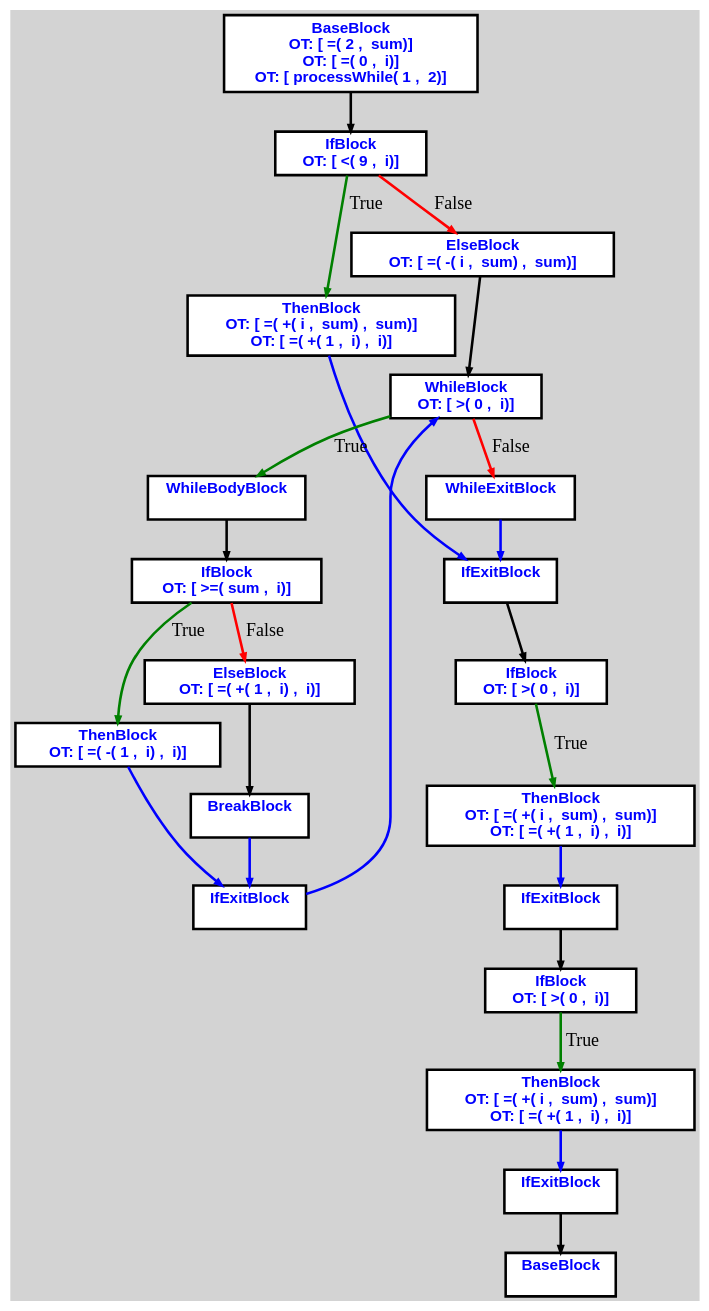
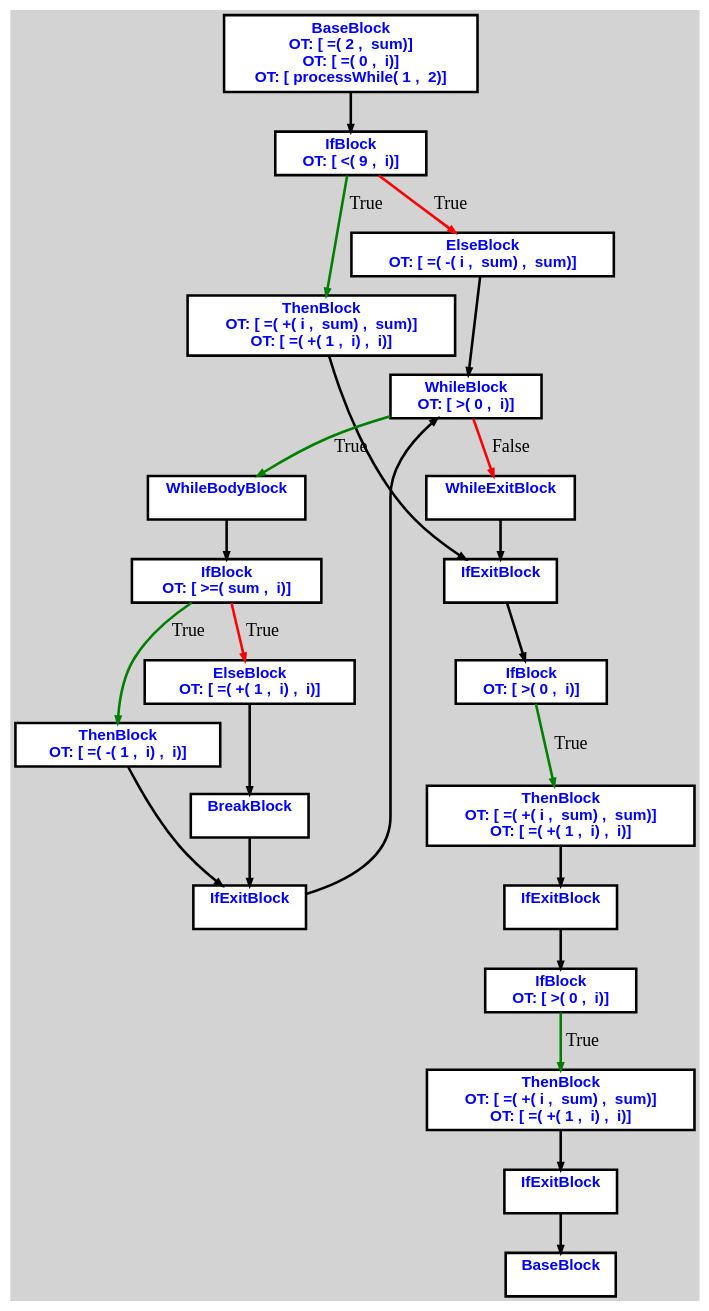
One commit to aveen007/CountingMonkeys changed the diagram in cpoCompilerWin/input.txt.processAnotherArray.dot. Above: the diagram before and after it, drawn with Graphviz. The commit also changed 21 other files, not shown here.

```diff
--- a/cpoCompilerWin/input.txt.processAnotherArray.dot
+++ b/cpoCompilerWin/input.txt.processAnotherArray.dot
@@ -1,66 +1,66 @@
 digraph G {
 ordering=out;
 ranksep=.4;
 bgcolor="lightgrey";  node [shape=box, fixedsize=false, fontsize=12, fontname="Helvetica-bold", fontcolor="blue"
 width=.25, height=.25, color="black", fillcolor="white", style="filled, solid, bold"];
 
-edge [arrowsize=.5, color="black", style="bold"]    n000011DD6232ABD0 [label="BaseBlock\n OT: [ =( 2 ,  sum)]
+edge [arrowsize=.5, color="black", style="bold"]    n00001222C27A2CC0 [label="BaseBlock\n OT: [ =( 2 ,  sum)]
 OT: [ =( 0 ,  i)]
 OT: [ processWhile( 1 ,  2)]
 "]
-    n000011DD6232ACD0 [label="IfBlock\n OT: [ <( 9 ,  i)]
+    n00001222C27A2D20 [label="IfBlock\n OT: [ <( 9 ,  i)]
 "]
-    n000011DD6232ABD0 -> n000011DD6232ACD0
-    n000011DD6232ACD0 -> n000011DD6232AD10 [label="True" color="green"]
-    n000011DD6232AD10 [label="ThenBlock\n OT: [ =( +( i ,  sum) ,  sum)]
+    n00001222C27A2CC0 -> n00001222C27A2D20
+    n00001222C27A2D20 -> n00001222C27A2D80 [label="True" color="green"]
+    n00001222C27A2D80 [label="ThenBlock\n OT: [ =( +( i ,  sum) ,  sum)]
 OT: [ =( +( 1 ,  i) ,  i)]
 "]
-    n000011DD6232ACD0 -> n000011DD6232AD50 [label="False" color="red"]
-    n000011DD6232AD50 [label="ElseBlock\n OT: [ =( -( i ,  sum) ,  sum)]
+    n00001222C27A3140 [label="IfExitBlock\n "]
+    n00001222C27A2D80 -> n00001222C27A3140
+    n00001222C27A31A0 [label="IfBlock\n OT: [ >( 0 ,  i)]
 "]
-    n000011DD6232AD90 [label="WhileBlock\n OT: [ >( 0 ,  i)]
-"]
-    n000011DD6232AD50 -> n000011DD6232AD90
-	   n000011DD6232AD90 -> n000011DD6232ADD0 [ label = "True" color="green"]
-    n000011DD6232ADD0 [label="WhileBodyBlock\n "]
-    n000011DD6232AE10 [label="IfBlock\n OT: [ >=( sum ,  i)]
-"]
-    n000011DD6232ADD0 -> n000011DD6232AE10
-    n000011DD6232AE10 -> n000011DD6232AE50 [label="True" color="green"]
-    n000011DD6232AE50 [label="ThenBlock\n OT: [ =( -( 1 ,  i) ,  i)]
-"]
-    n000011DD6232AE10 -> n000011DD6232AE90 [label="False" color="red"]
-    n000011DD6232AE90 [label="ElseBlock\n OT: [ =( +( 1 ,  i) ,  i)]
-"]
-    n000011DD6232AED0 [label="BreakBlock\n "]
-    n000011DD6232AE90 -> n000011DD6232AED0
-    n000011DD6232AED0 -> n000011DD6232AF10 [color="blue"]
-    n000011DD6232AE50 -> n000011DD6232AF10 [ color="blue"]
-    n000011DD6232AF10 [label="IfExitBlock\n "]
-    n000011DD6232AF10 -> n000011DD6232AD90 [ color="blue"]
-	   n000011DD6232AD90 -> n000011DD6232AF50 [ label = "False" color="red"]
-    n000011DD6232AF50 [label="WhileExitBlock\n "]
-    n000011DD6232AF50 -> n000011DD6232AF90 [color="blue"]
-    n000011DD6232AD10 -> n000011DD6232AF90 [ color="blue"]
-    n000011DD6232AF90 [label="IfExitBlock\n "]
-    n000011DD6232AFD0 [label="IfBlock\n OT: [ >( 0 ,  i)]
-"]
-    n000011DD6232AF90 -> n000011DD6232AFD0
-    n000011DD6232AFD0 -> n000011DD6232B010 [label="True" color="green"]
-    n000011DD6232B010 [label="ThenBlock\n OT: [ =( +( i ,  sum) ,  sum)]
+    n00001222C27A3140 -> n00001222C27A31A0
+    n00001222C27A31A0 -> n00001222C27A3200 [label="True" color="green"]
+    n00001222C27A3200 [label="ThenBlock\n OT: [ =( +( i ,  sum) ,  sum)]
 OT: [ =( +( 1 ,  i) ,  i)]
 "]
-    n000011DD6232B010 -> n000011DD6232B050 [ color="blue"]
-    n000011DD6232B050 [label="IfExitBlock\n "]
-    n000011DD6232B090 [label="IfBlock\n OT: [ >( 0 ,  i)]
+    n00001222C27A3260 [label="IfExitBlock\n "]
+    n00001222C27A3200 -> n00001222C27A3260
+    n00001222C27A32C0 [label="IfBlock\n OT: [ >( 0 ,  i)]
 "]
-    n000011DD6232B050 -> n000011DD6232B090
-    n000011DD6232B090 -> n000011DD6232B0D0 [label="True" color="green"]
-    n000011DD6232B0D0 [label="ThenBlock\n OT: [ =( +( i ,  sum) ,  sum)]
+    n00001222C27A3260 -> n00001222C27A32C0
+    n00001222C27A32C0 -> n00001222C27A3320 [label="True" color="green"]
+    n00001222C27A3320 [label="ThenBlock\n OT: [ =( +( i ,  sum) ,  sum)]
 OT: [ =( +( 1 ,  i) ,  i)]
 "]
-    n000011DD6232B0D0 -> n000011DD6232B110 [ color="blue"]
-    n000011DD6232B110 [label="IfExitBlock\n "]
-    n000011DD6232B150 [label="BaseBlock\n "]
-    n000011DD6232B110 -> n000011DD6232B150
+    n00001222C27A3380 [label="IfExitBlock\n "]
+    n00001222C27A3320 -> n00001222C27A3380
+    n00001222C27A33E0 [label="BaseBlock\n "]
+    n00001222C27A3380 -> n00001222C27A33E0
+    n00001222C27A2D20 -> n00001222C27A2DE0 [label="True" color="red"]
+    n00001222C27A2DE0 [label="ElseBlock\n OT: [ =( -( i ,  sum) ,  sum)]
+"]
+    n00001222C27A2E40 [label="WhileBlock\n OT: [ >( 0 ,  i)]
+"]
+    n00001222C27A2DE0 -> n00001222C27A2E40
+	   n00001222C27A2E40 -> n00001222C27A2EA0 [ label = "True" color="green"]
+    n00001222C27A2EA0 [label="WhileBodyBlock\n "]
+    n00001222C27A2F60 [label="IfBlock\n OT: [ >=( sum ,  i)]
+"]
+    n00001222C27A2EA0 -> n00001222C27A2F60
+    n00001222C27A2F60 -> n00001222C27A2FC0 [label="True" color="green"]
+    n00001222C27A2FC0 [label="ThenBlock\n OT: [ =( -( 1 ,  i) ,  i)]
+"]
+    n00001222C27A30E0 [label="IfExitBlock\n "]
+    n00001222C27A2FC0 -> n00001222C27A30E0
+    n00001222C27A30E0 -> n00001222C27A2E40
+    n00001222C27A2F60 -> n00001222C27A3020 [label="True" color="red"]
+    n00001222C27A3020 [label="ElseBlock\n OT: [ =( +( 1 ,  i) ,  i)]
+"]
+    n00001222C27A3080 [label="BreakBlock\n "]
+    n00001222C27A3020 -> n00001222C27A3080
+    n00001222C27A3080 -> n00001222C27A30E0
+	   n00001222C27A2E40 -> n00001222C27A2F00 [ label = "False" color="red"]
+    n00001222C27A2F00 [label="WhileExitBlock\n "]
+    n00001222C27A2F00 -> n00001222C27A3140
 }
```
